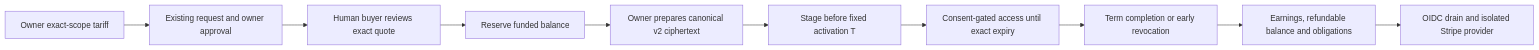
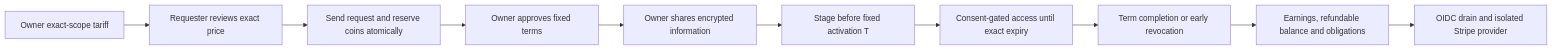
Before and after one commit to hushh-labs/hushh-research: the diagram in consent-protocol/docs/reference/consumer-scope-commerce.md, drawn with Mermaid. The commit also changed other lines of this file and 20 other files, not shown here.

First line of the commit message:
Finish reviewed request prices and canonical upfront reservation migration

````diff
--- a/consent-protocol/docs/reference/consumer-scope-commerce.md
+++ b/consent-protocol/docs/reference/consumer-scope-commerce.md
@@ -25,12 +25,12 @@
 ```mermaid
 flowchart LR
-  tariff["Owner exact-scope tariff"] --> review["Existing request and owner approval"]
-  review --> quote["Human buyer reviews exact quote"]
-  quote --> reserve["Reserve funded balance"]
-  reserve --> seal["Owner prepares canonical v2 ciphertext"]
+  tariff["Owner exact-scope tariff"] --> review["Requester reviews exact price"]
+  review --> reserve["Send request and reserve coins atomically"]
+  reserve --> approval["Owner approves fixed terms"]
+  approval --> seal["Owner shares encrypted information"]
   seal --> stage["Stage before fixed activation T"]
   stage --> access["Consent-gated access until exact expiry"]
   access --> settle["Term completion or early revocation"]
   settle --> ledger["Earnings, refundable balance and obligations"]
   ledger --> drain["OIDC drain and isolated Stripe provider"]
 ```
````
